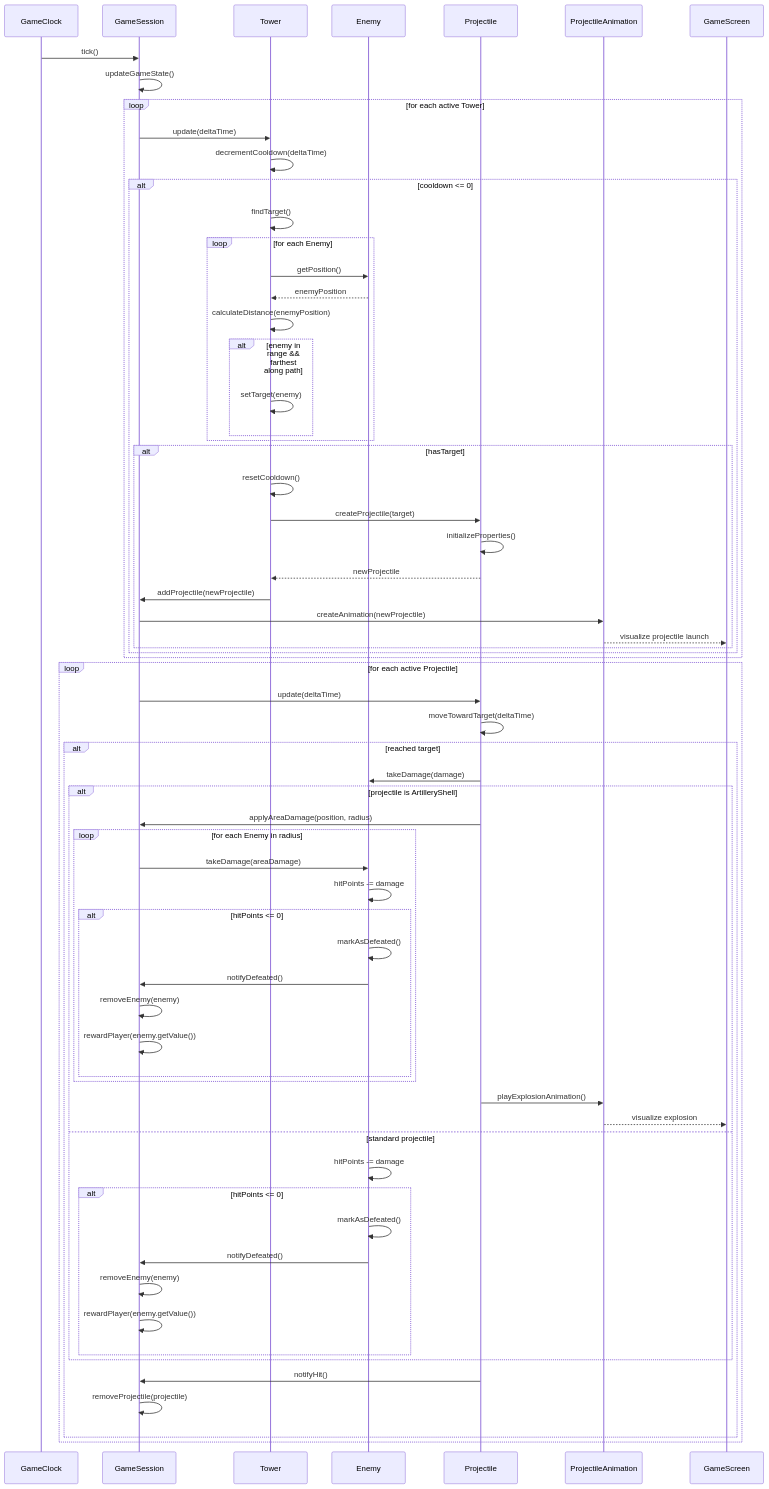
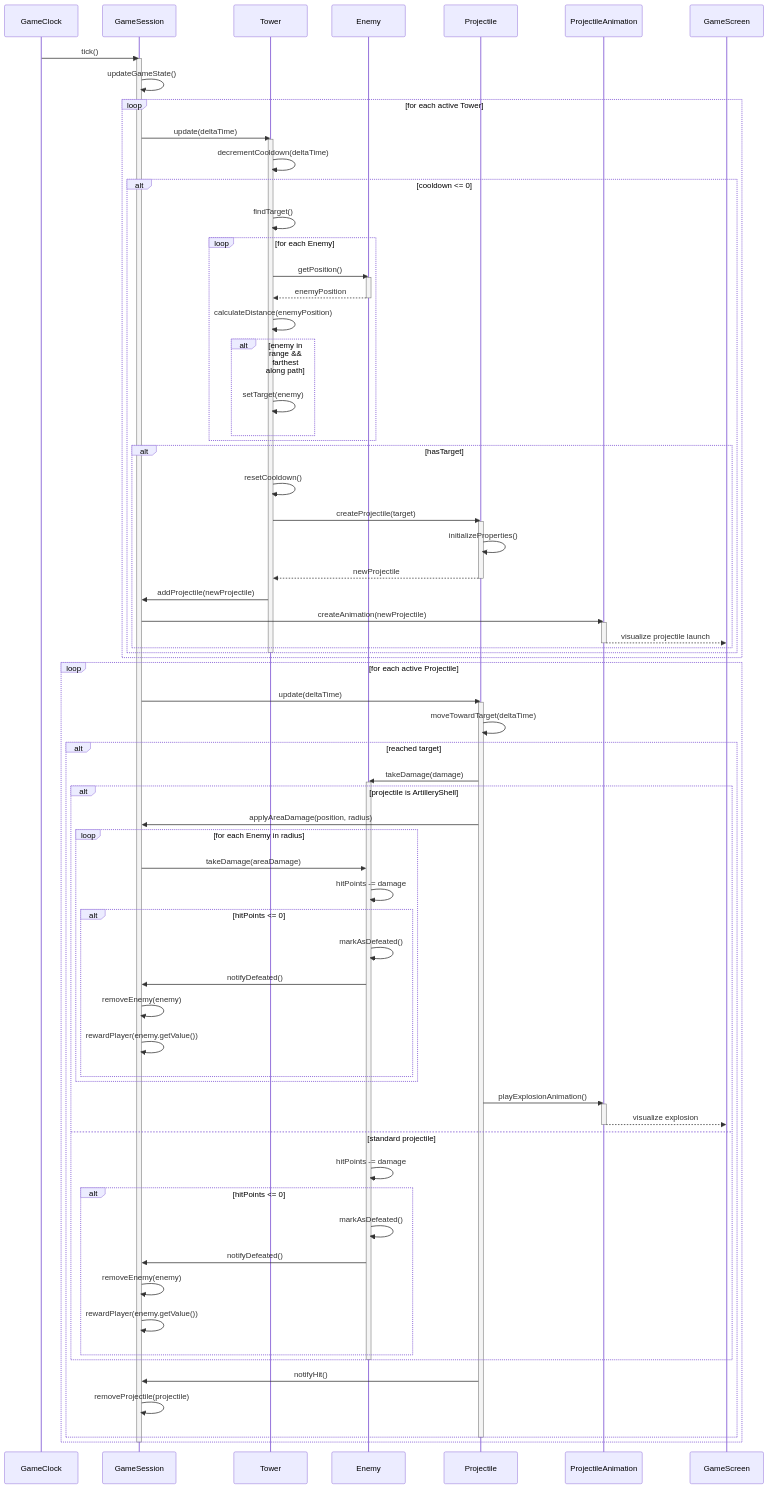
One commit to EYErbil/KuTowerDefense changed the diagram in D1-artifacts/sequence_diagrams/SD_TowerAttack.md. Above: the diagram before and after it, drawn with Mermaid. The commit also changed 10 other files, not shown here.

Commit message:
ADD : execution specification for sequence diagrams

````diff
--- a/D1-artifacts/sequence_diagrams/SD_TowerAttack.md
+++ b/D1-artifacts/sequence_diagrams/SD_TowerAttack.md
@@ -11,10 +11,12 @@
     participant GameScreen
 
     GameClock->>GameSession: tick()
+    activate GameSession
     GameSession->>GameSession: updateGameState()
     
     loop for each active Tower
         GameSession->>Tower: update(deltaTime)
+        activate Tower
         Tower->>Tower: decrementCooldown(deltaTime)
         
         alt cooldown <= 0
@@ -22,7 +24,9 @@
             
             loop for each Enemy
                 Tower->>Enemy: getPosition()
+                activate Enemy
                 Enemy-->>Tower: enemyPosition
+                deactivate Enemy
                 Tower->>Tower: calculateDistance(enemyPosition)
                 
                 alt enemy in range && farthest along path
@@ -33,22 +37,29 @@
             alt hasTarget
                 Tower->>Tower: resetCooldown()
                 Tower->>Projectile: createProjectile(target)
+                activate Projectile
                 Projectile->>Projectile: initializeProperties()
                 Projectile-->>Tower: newProjectile
+                deactivate Projectile
                 
                 Tower->>GameSession: addProjectile(newProjectile)
                 GameSession->>ProjectileAnimation: createAnimation(newProjectile)
+                activate ProjectileAnimation
                 ProjectileAnimation-->>GameScreen: visualize projectile launch
+                deactivate ProjectileAnimation
             end
         end
+        deactivate Tower
     end
     
     loop for each active Projectile
         GameSession->>Projectile: update(deltaTime)
+        activate Projectile
         Projectile->>Projectile: moveTowardTarget(deltaTime)
         
         alt reached target
             Projectile->>Enemy: takeDamage(damage)
+            activate Enemy
             
             alt projectile is ArtilleryShell
                 Projectile->>GameSession: applyAreaDamage(position, radius)
@@ -66,7 +77,9 @@
                 end
                 
                 Projectile->>ProjectileAnimation: playExplosionAnimation()
+                activate ProjectileAnimation
                 ProjectileAnimation-->>GameScreen: visualize explosion
+                deactivate ProjectileAnimation
             else standard projectile
                 Enemy->>Enemy: hitPoints -= damage
                 
@@ -77,9 +90,12 @@
                     GameSession->>GameSession: rewardPlayer(enemy.getValue())
                 end
             end
+            deactivate Enemy
             
             Projectile->>GameSession: notifyHit()
             GameSession->>GameSession: removeProjectile(projectile)
         end
+        deactivate Projectile
     end
+    deactivate GameSession
 ``` 
````
